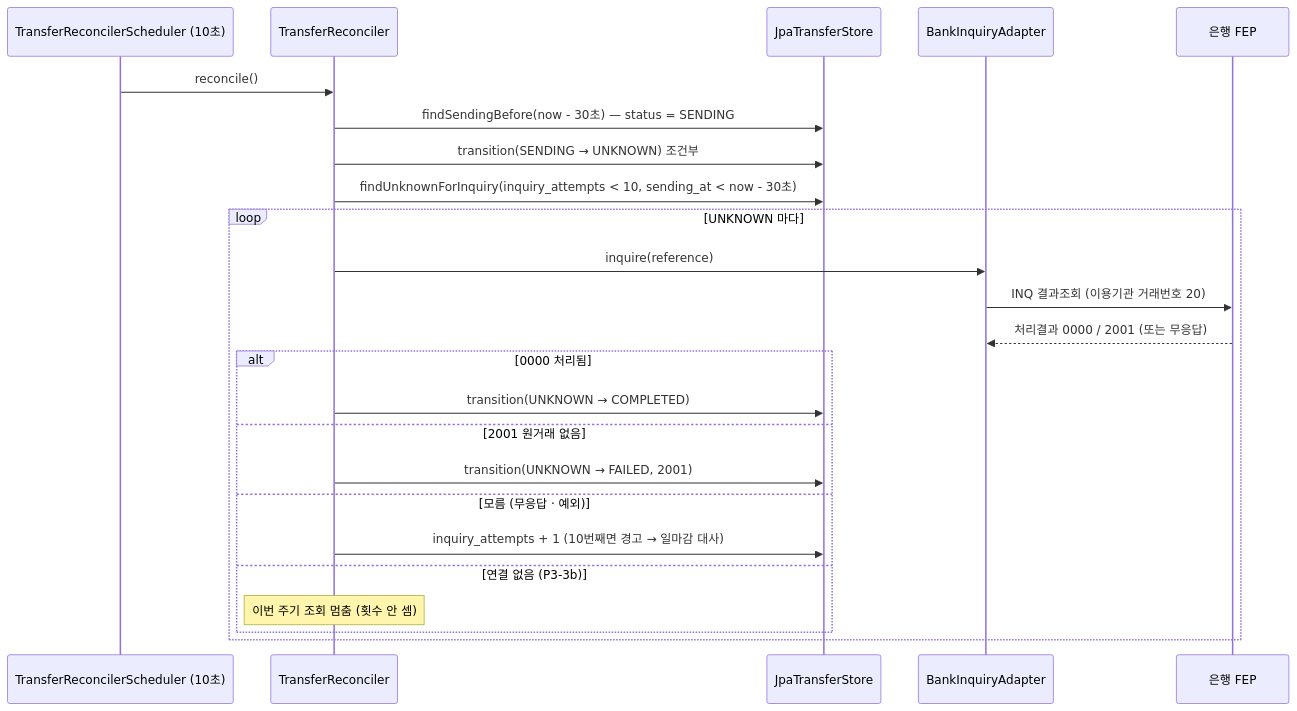
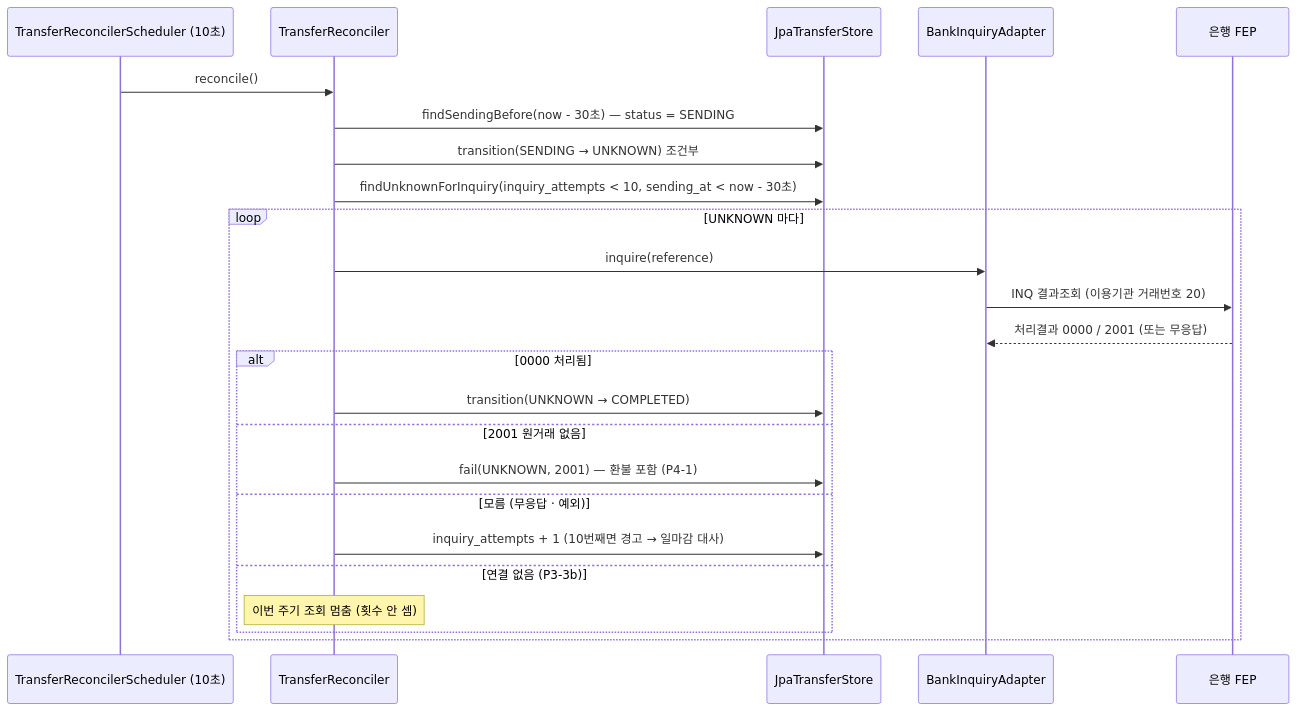
The fourth of 6 diagrams in ARCHITECTURE.md (hyeokjinON/bank-transfer), drawn with Mermaid before and after one commit. The commit also changed other lines of this file and 18 other files, not shown here.

````diff
--- a/ARCHITECTURE.md
+++ b/ARCHITECTURE.md
@@ -179,26 +185,26 @@
 ```mermaid
 sequenceDiagram
     participant S as TransferReconcilerScheduler (10초)
     participant R as TransferReconciler
     participant D as JpaTransferStore
     participant A as BankInquiryAdapter
     participant B as 은행 FEP
     S->>R: reconcile()
     R->>D: findSendingBefore(now - 30초) — status = SENDING
     R->>D: transition(SENDING → UNKNOWN) 조건부
     R->>D: findUnknownForInquiry(inquiry_attempts < 10, sending_at < now - 30초)
     loop UNKNOWN 마다
         R->>A: inquire(reference)
         A->>B: INQ 결과조회 (이용기관 거래번호 20)
         B-->>A: 처리결과 0000 / 2001 (또는 무응답)
         alt 0000 처리됨
             R->>D: transition(UNKNOWN → COMPLETED)
         else 2001 원거래 없음
-            R->>D: transition(UNKNOWN → FAILED, 2001)
+            R->>D: fail(UNKNOWN, 2001) — 환불 포함 (P4-1)
         else 모름 (무응답 · 예외)
             R->>D: inquiry_attempts + 1 (10번째면 경고 → 일마감 대사)
         else 연결 없음 (P3-3b)
             Note over R: 이번 주기 조회 멈춤 (횟수 안 셈)
         end
     end
 ```
````
